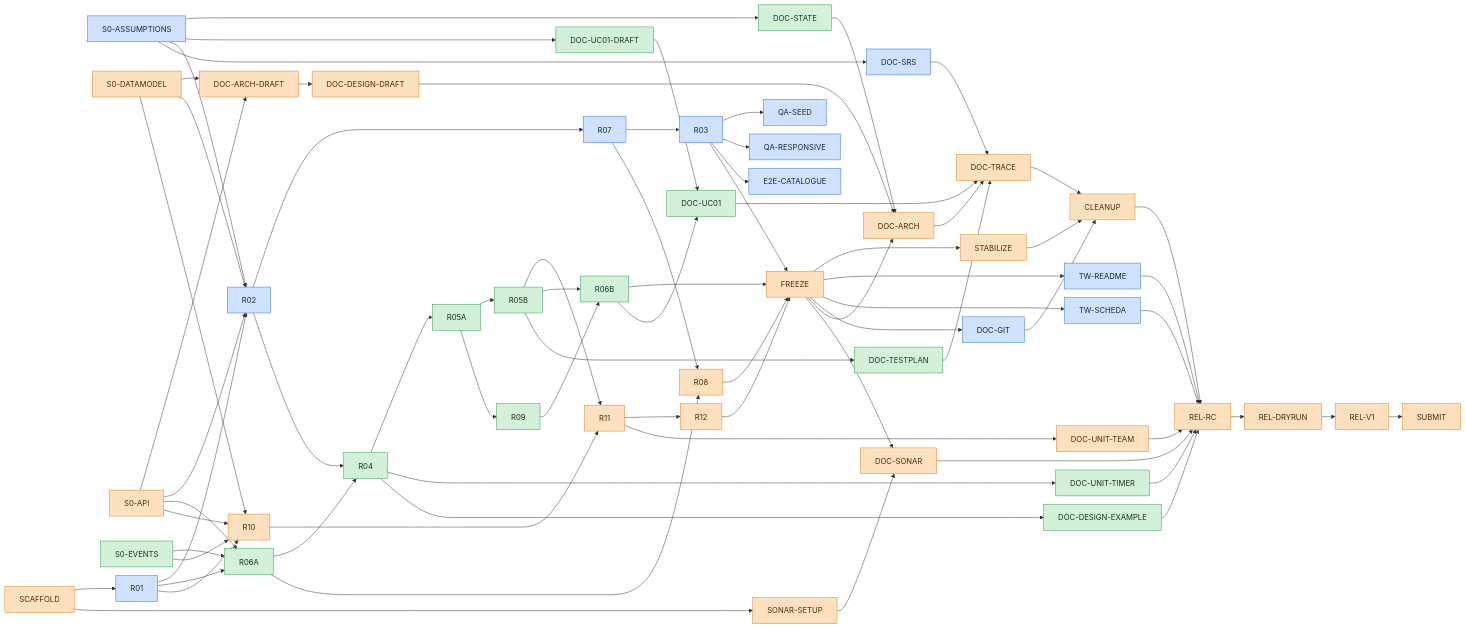
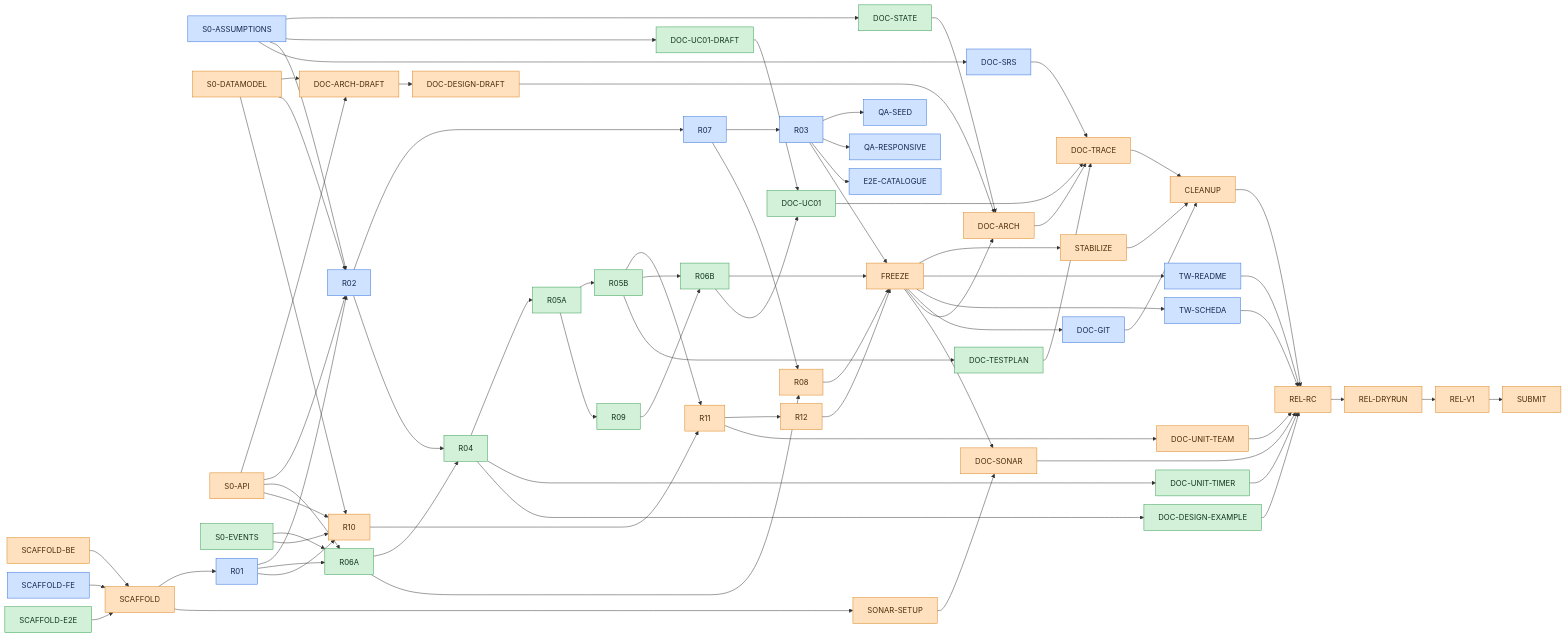
One commit to Mynamesdsuper/sidequest-group40 changed the second of 3 diagrams in docs/plan/PLAN.md. Above: the diagram before and after it, drawn with Mermaid. The commit also changed other lines of this file and 14 other files, not shown here.

````diff
--- a/docs/plan/PLAN.md
+++ b/docs/plan/PLAN.md
@@ -207,6 +208,9 @@
 ```mermaid
 %%{init: {"flowchart": {"nodeSpacing": 18, "rankSpacing": 28}}}%%
 flowchart LR
+  SCAFFOLD_BE["SCAFFOLD-BE"]
+  SCAFFOLD_FE["SCAFFOLD-FE"]
+  SCAFFOLD_E2E["SCAFFOLD-E2E"]
   SCAFFOLD["SCAFFOLD"]
   S0_ASSUMPTIONS["S0-ASSUMPTIONS"]
   S0_DATAMODEL["S0-DATAMODEL"]
@@ -253,6 +257,9 @@
   REL_DRYRUN["REL-DRYRUN"]
   REL_V1["REL-V1"]
   SUBMIT["SUBMIT"]
+  SCAFFOLD_BE --> SCAFFOLD
+  SCAFFOLD_FE --> SCAFFOLD
+  SCAFFOLD_E2E --> SCAFFOLD
   SCAFFOLD --> R01
   SCAFFOLD --> SONAR_SETUP
   S0_DATAMODEL --> DOC_ARCH_DRAFT
@@ -328,7 +335,7 @@
   classDef p1 fill:#cfe2ff,stroke:#2f6fdb,color:#10264d
   classDef p2 fill:#d3f0d9,stroke:#2e9b4c,color:#10361a
   classDef p3 fill:#ffe1bf,stroke:#d9801a,color:#4a2a05
-  class S0_ASSUMPTIONS,R01,R02,R07,R03,QA_SEED,QA_RESPONSIVE,E2E_CATALOGUE,DOC_SRS,TW_README,TW_SCHEDA,DOC_GIT p1
-  class S0_EVENTS,DOC_STATE,DOC_UC01_DRAFT,R06A,R04,R05A,R05B,R09,R06B,DOC_UC01,DOC_TESTPLAN,DOC_UNIT_TIMER,DOC_DESIGN_EXAMPLE p2
-  class SCAFFOLD,S0_DATAMODEL,S0_API,SONAR_SETUP,DOC_ARCH_DRAFT,R10,DOC_DESIGN_DRAFT,R08,R11,R12,FREEZE,STABILIZE,DOC_ARCH,DOC_SONAR,DOC_UNIT_TEAM,DOC_TRACE,CLEANUP,REL_RC,REL_DRYRUN,REL_V1,SUBMIT p3
+  class SCAFFOLD_FE,S0_ASSUMPTIONS,R01,R02,R07,R03,QA_SEED,QA_RESPONSIVE,E2E_CATALOGUE,DOC_SRS,TW_README,TW_SCHEDA,DOC_GIT p1
+  class SCAFFOLD_E2E,S0_EVENTS,DOC_STATE,DOC_UC01_DRAFT,R06A,R04,R05A,R05B,R09,R06B,DOC_UC01,DOC_TESTPLAN,DOC_UNIT_TIMER,DOC_DESIGN_EXAMPLE p2
+  class SCAFFOLD_BE,SCAFFOLD,S0_DATAMODEL,S0_API,SONAR_SETUP,DOC_ARCH_DRAFT,R10,DOC_DESIGN_DRAFT,R08,R11,R12,FREEZE,STABILIZE,DOC_ARCH,DOC_SONAR,DOC_UNIT_TEAM,DOC_TRACE,CLEANUP,REL_RC,REL_DRYRUN,REL_V1,SUBMIT p3
 ```
````
